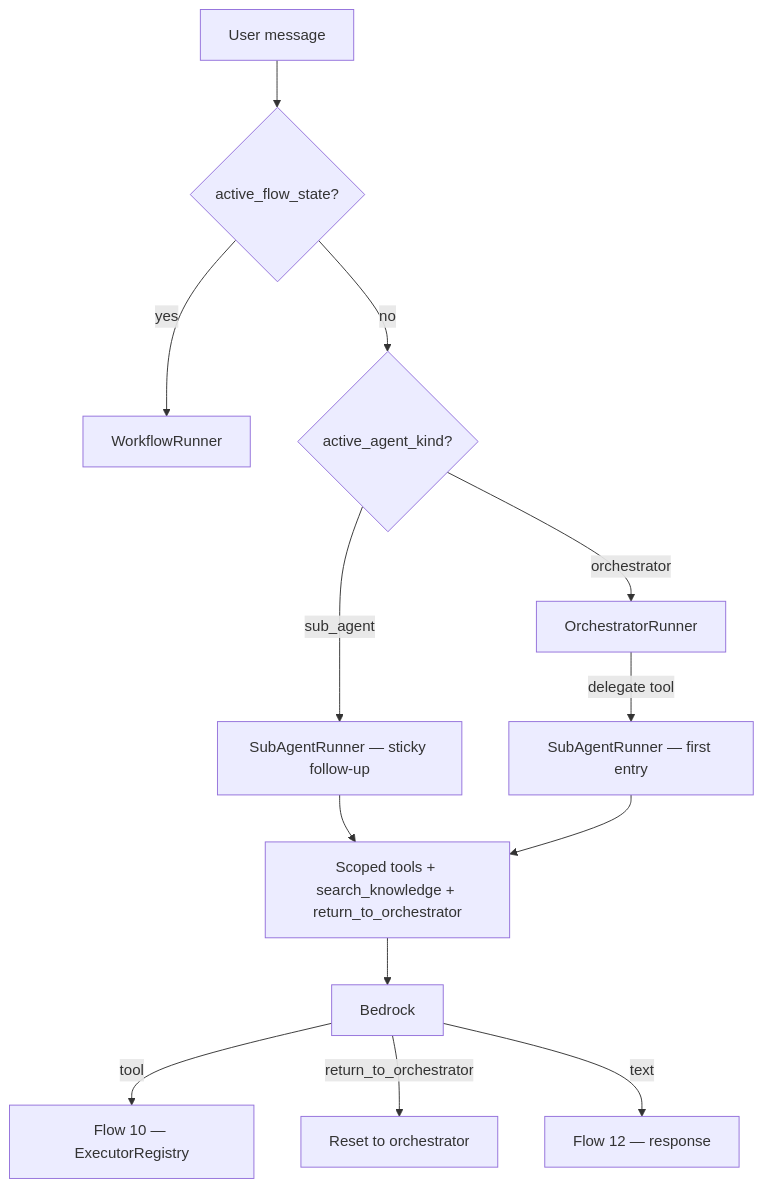
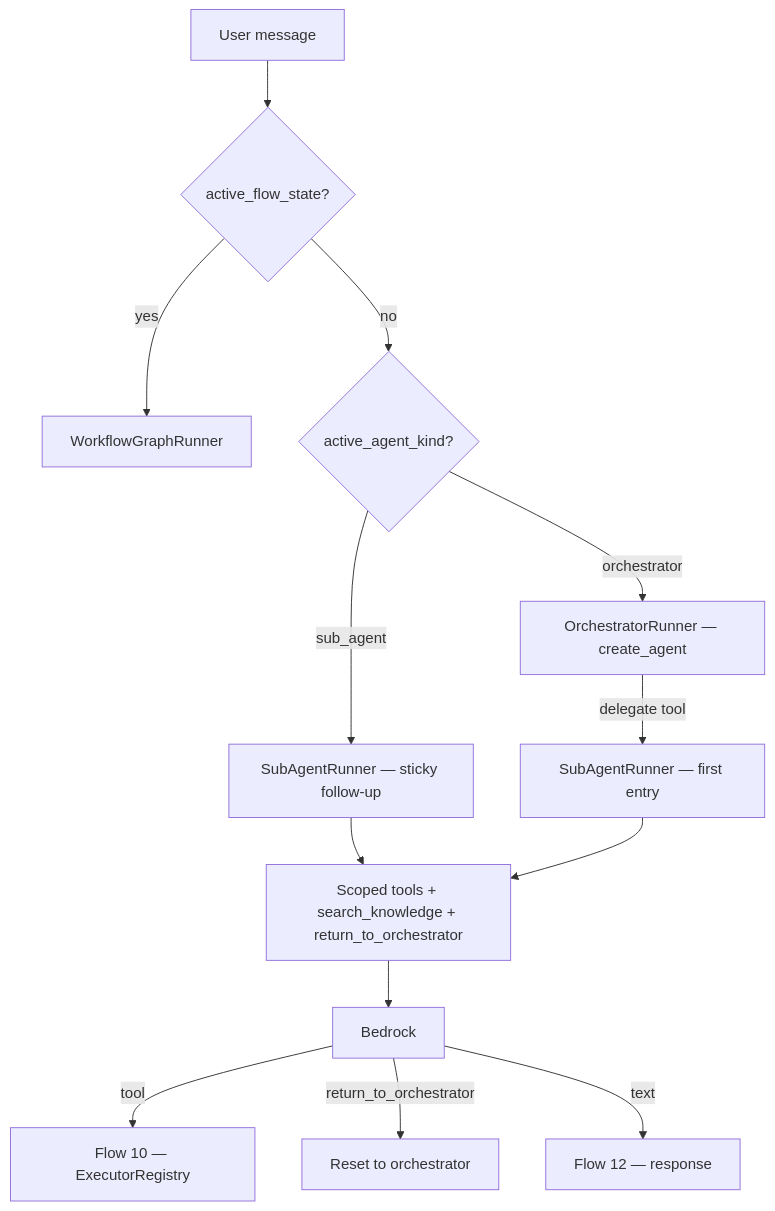
Before and after one commit to shehan-jayasinghe/bot-builder: the diagram in backend/document/chat/02-sub-agent-delegation-at-chat-diagrams.md, drawn with Mermaid. The commit also changed other lines of this file and 59 other files, not shown here.

First line of the commit message:
refactor: migrate custom workflow and agent logic to LangChain and LangGraph

````diff
--- a/backend/document/chat/02-sub-agent-delegation-at-chat-diagrams.md
+++ b/backend/document/chat/02-sub-agent-delegation-at-chat-diagrams.md
@@ -17,16 +17,16 @@
 ```mermaid
 flowchart TB
     MSG[User message]
     MSG --> WF{active_flow_state?}
-    WF -->|yes| WORK[WorkflowRunner]
+    WF -->|yes| WORK[WorkflowGraphRunner]
     WF -->|no| KIND{active_agent_kind?}
     KIND -->|sub_agent| STICKY[SubAgentRunner — sticky follow-up]
-    KIND -->|orchestrator| ORCH[OrchestratorRunner]
+    KIND -->|orchestrator| ORCH[OrchestratorRunner — create_agent]
     ORCH -->|delegate tool| DELEG[SubAgentRunner — first entry]
     STICKY --> SCOPE[Scoped tools + search_knowledge + return_to_orchestrator]
     DELEG --> SCOPE
     SCOPE --> LLM[Bedrock]
     LLM -->|tool| EXEC[Flow 10 — ExecutorRegistry]
     LLM -->|return_to_orchestrator| EXIT[Reset to orchestrator]
     LLM -->|text| REPLY[Flow 12 — response]
 ```
````
